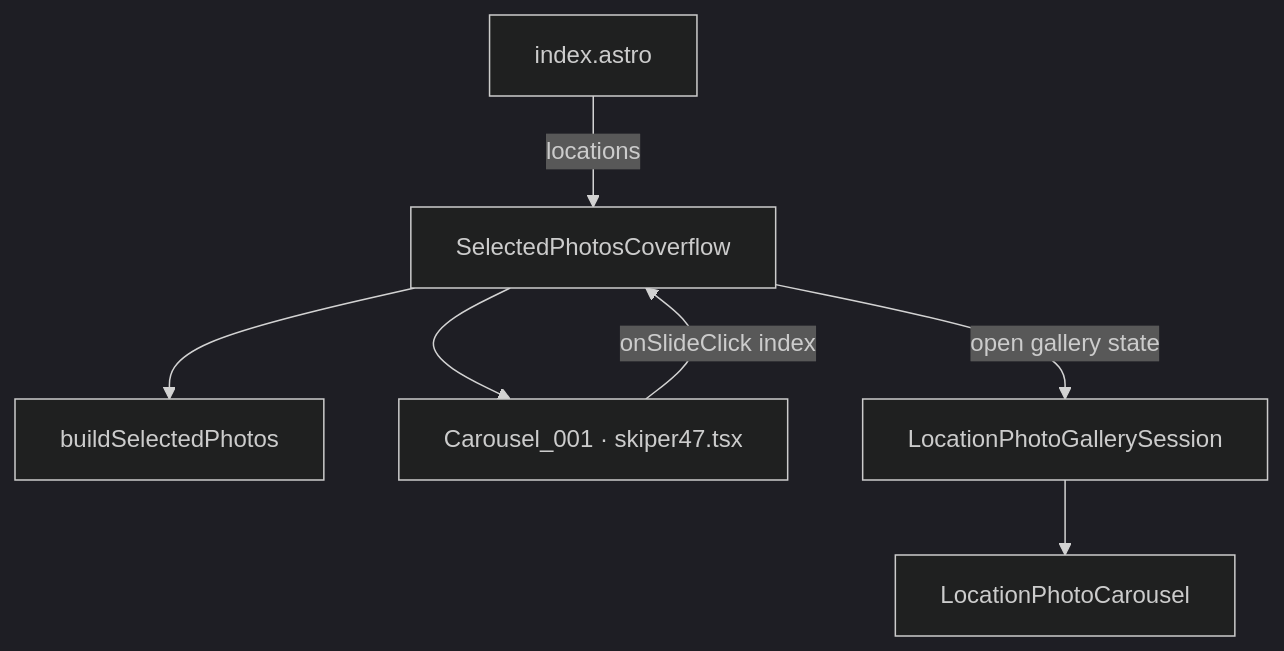
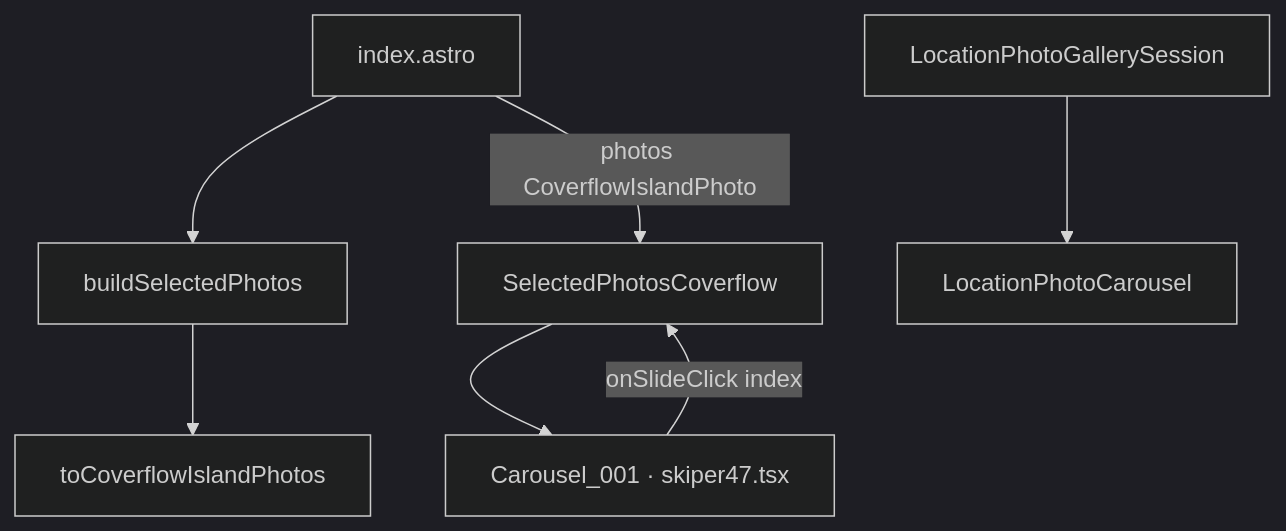
The diagram in docs/selected-photos-coverflow.md (Simon-Bertram/tredyffrin-aerial-photos), drawn with Mermaid (dark theme) before and after one commit. The commit also changed other lines of this file and 7 other files, not shown here.

Commit message:
Slim coverflow island props

````diff
--- a/docs/selected-photos-coverflow.md
+++ b/docs/selected-photos-coverflow.md
@@ -19,16 +19,17 @@
 ```mermaid
 flowchart TB
   page["index.astro"]
+  buildSelectedPhotosFn["buildSelectedPhotos"]
+  toIslandFn["toCoverflowIslandPhotos"]
   cover["SelectedPhotosCoverflow"]
-  buildSelectedPhotosFn["buildSelectedPhotos"]
   carousel001["Carousel_001 · skiper47.tsx"]
   gallerySession["LocationPhotoGallerySession"]
   photoCarousel["LocationPhotoCarousel"]
 
-  page -->|"locations"| cover
-  cover --> buildSelectedPhotosFn
+  page --> buildSelectedPhotosFn
+  buildSelectedPhotosFn --> toIslandFn
+  page -->|"photos CoverflowIslandPhoto"| cover
   cover --> carousel001
   carousel001 -->|"onSlideClick index"| cover
-  cover -->|"open gallery state"| gallerySession
   gallerySession --> photoCarousel
 ```
````
